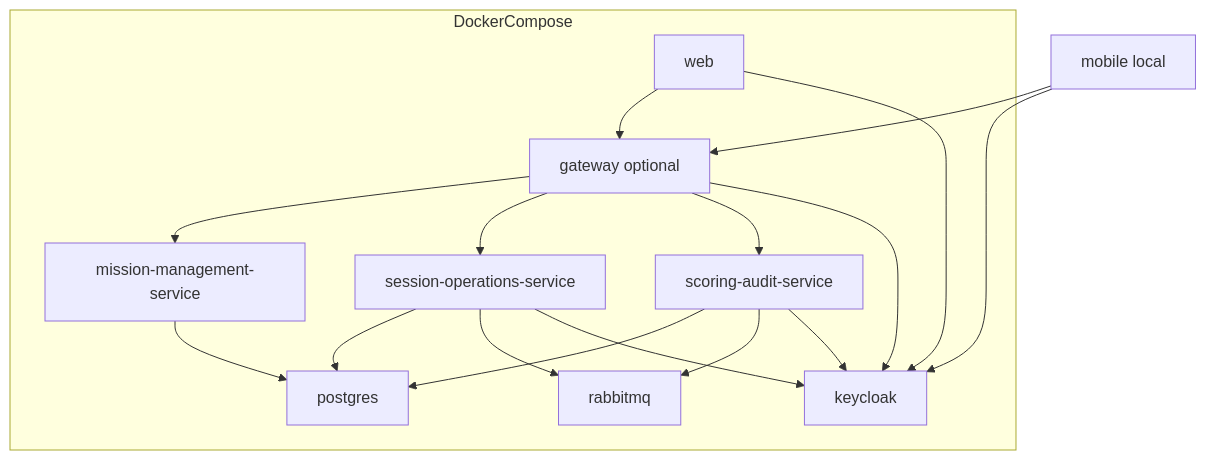
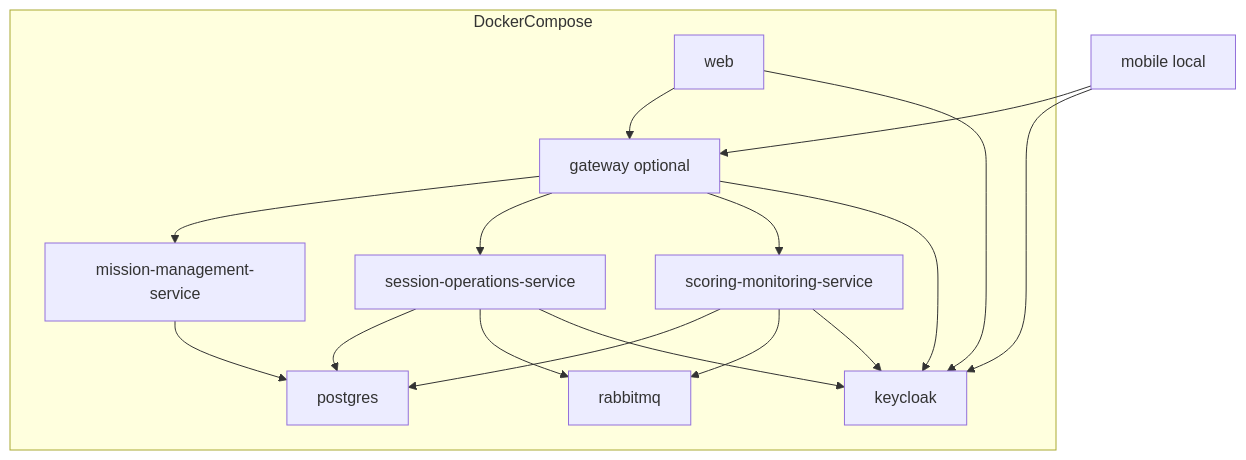
One commit to Grupo2-UMBRAL/UMBRAL-Grupo2 changed the second of 5 diagrams in docs/architecture/infrastructure-outline.md. Above: the diagram before and after it, drawn with Mermaid. The commit also changed other lines of this file and 166 other files, not shown here.

Commit message:
refactor(scoring-monitoring): rename bounded context from scoring-audit to scoring-monitoring

````diff
--- a/docs/architecture/infrastructure-outline.md
+++ b/docs/architecture/infrastructure-outline.md
@@ -185,29 +185,29 @@
 ```mermaid
 flowchart TD
     subgraph DockerCompose
         GW[gateway optional]
         MS[mission-management-service]
         SS[session-operations-service]
-        SA[scoring-audit-service]
+        SA[scoring-monitoring-service]
         KC[keycloak]
         DB[postgres]
         MQ[rabbitmq]
         W[web]
     end
 
     M[mobile local] --> GW
     W --> GW
     GW --> MS
     GW --> SS
     GW --> SA
     GW --> KC
     MS --> DB
     SS --> DB
     SA --> DB
     SS --> MQ
     SA --> MQ
     SS --> KC
     SA --> KC
     W --> KC
     M --> KC
 ```
````
